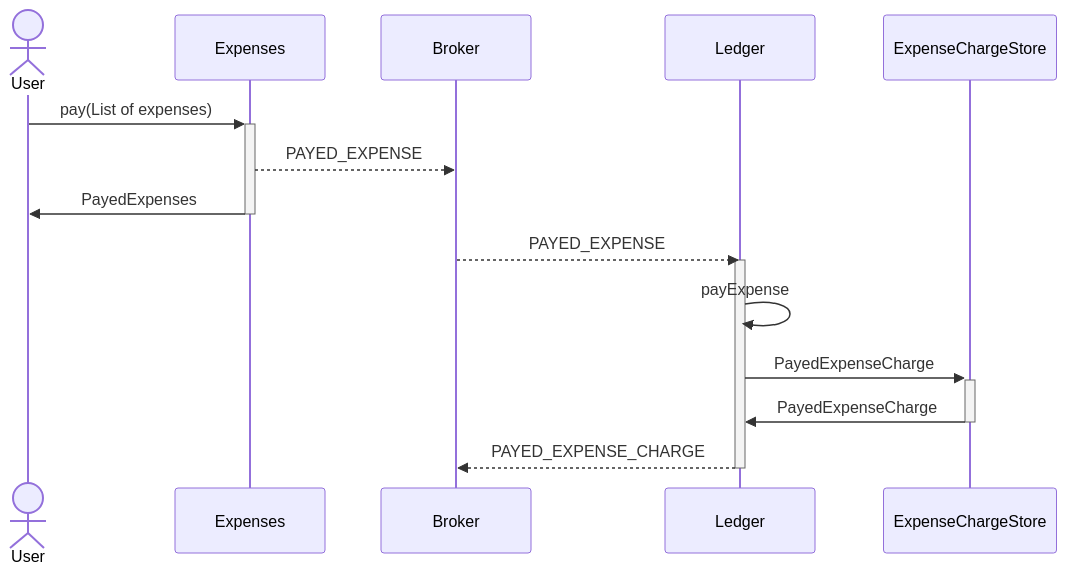
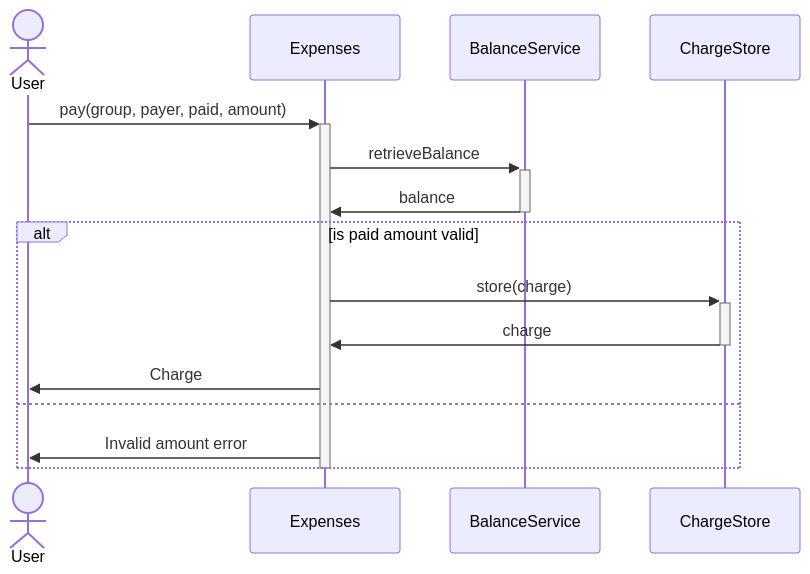
Before and after one commit to Cirius1792/expense-app-v3: the fourth of 4 diagrams in README.md, drawn with Mermaid. The commit also changed other lines of this file and 137 other files, not shown here.

````diff
--- a/README.md
+++ b/README.md
@@ -41,14 +71,15 @@
 ```mermaid
 sequenceDiagram
     actor User
-    User ->>+ Expenses: pay(List of expenses)
-    Expenses -->> Broker: PAYED_EXPENSE
-    Expenses ->>- User: PayedExpenses
-    Broker -->> Ledger: PAYED_EXPENSE
-    activate Ledger
-    Ledger ->> Ledger: payExpense
-    Ledger ->>+ ExpenseChargeStore: PayedExpenseCharge
-    ExpenseChargeStore ->>- Ledger: PayedExpenseCharge
-    Ledger -->> Broker: PAYED_EXPENSE_CHARGE
-    deactivate Ledger
+    User ->>+ Expenses: pay(group, payer, paid, amount)
+    Expenses ->>+ BalanceService: retrieveBalance
+    BalanceService ->>- Expenses: balance
+    alt is paid amount valid
+        Expenses ->>+ ChargeStore: store(charge)
+        ChargeStore ->>- Expenses: charge
+        Expenses ->> User: Charge
+    else
+        Expenses ->> User: Invalid amount error
+    end
+    deactivate Expenses
 ```
````
